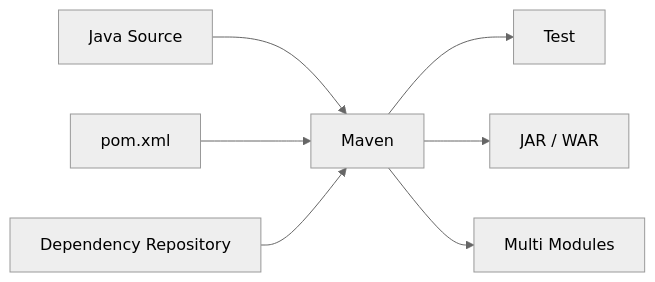
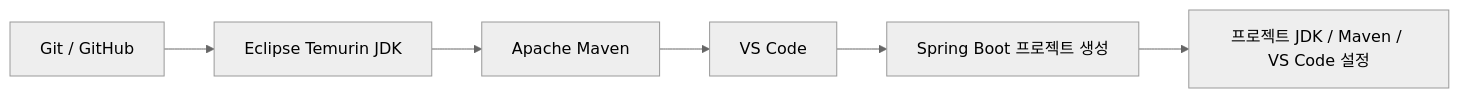
The first of 3 diagrams in docs/01_project_start/02_environment/maven/maven_setup.md (Team-Microserver/microserver-docs), drawn with Mermaid (neutral theme) before and after one commit. The commit also changed other lines of this file and 1 other file, not shown here.

Commit message:
maven 위치 변경

````diff
--- a/docs/01_project_start/02_environment/maven/maven_setup.md
+++ b/docs/01_project_start/02_environment/maven/maven_setup.md
@@ -13,9 +35,8 @@
 ```mermaid
 flowchart LR
-    SRC[Java Source] --> MVN[Maven]
-    POM[pom.xml] --> MVN
-    REPO[Dependency Repository] --> MVN
-    MVN --> TEST[Test]
-    MVN --> JAR[JAR / WAR]
-    MVN --> MODULES[Multi Modules]
+    A[Git / GitHub] --> B[Eclipse Temurin JDK]
+    B --> C[Apache Maven]
+    C --> D[VS Code]
+    D --> E[Spring Boot 프로젝트 생성]
+    E --> F[프로젝트 JDK / Maven / VS Code 설정]
 ```
````
